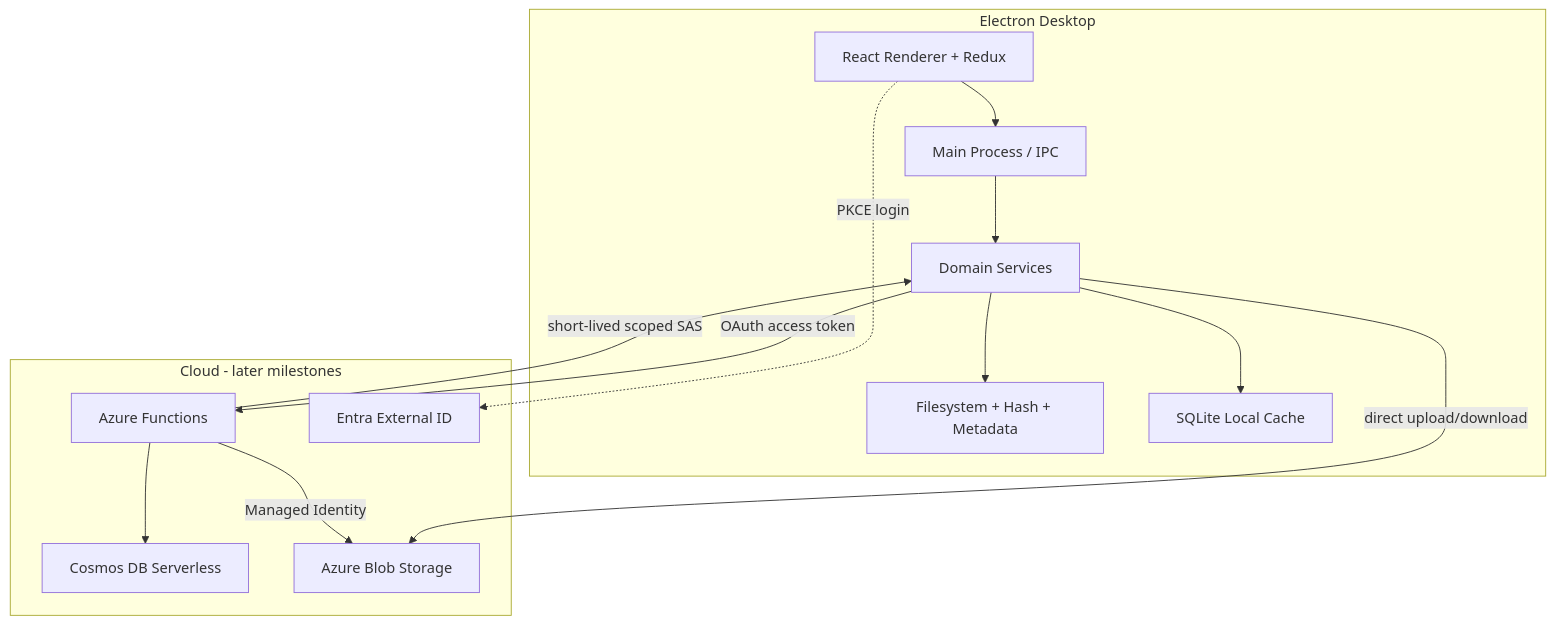
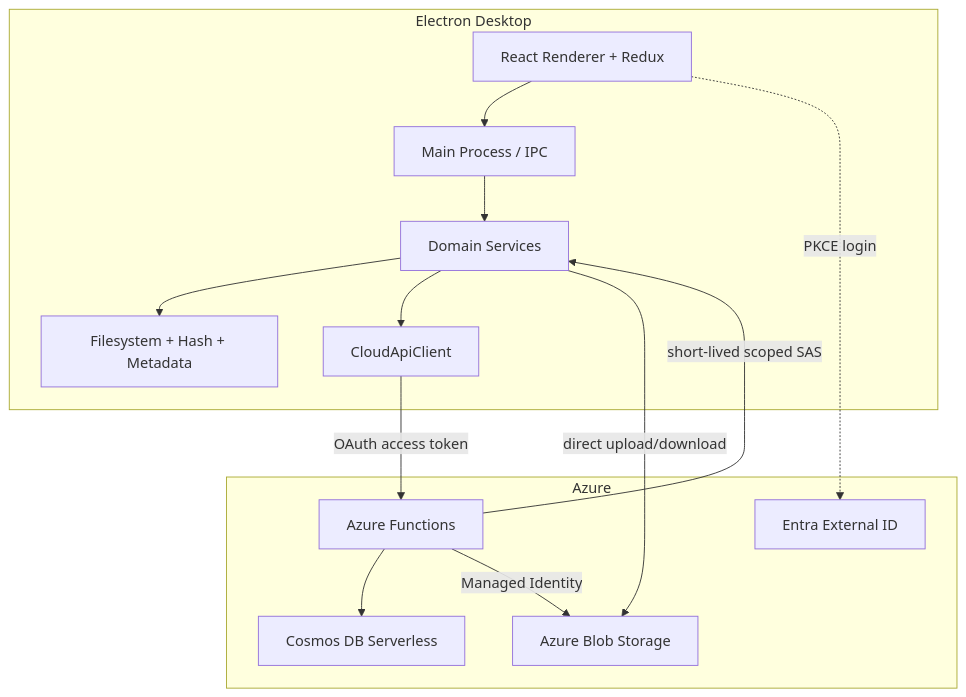
Before and after one commit to digillent/yaadein: the first of 5 diagrams in ARCHITECTURE.md, drawn with Mermaid. The commit also changed other lines of this file and 4 other files, not shown here.

First line of the commit message:
Rewrite roadmap for Cosmos-first decisions and accept-after-upload.

````diff
--- a/ARCHITECTURE.md
+++ b/ARCHITECTURE.md
@@ -11,26 +11,26 @@
 ```mermaid
 flowchart TB
   subgraph desktop [Electron Desktop]
     UI[React Renderer + Redux]
     Main[Main Process / IPC]
     Domain[Domain Services]
     FS[Filesystem + Hash + Metadata]
-    Cache[SQLite Local Cache]
+    Client[CloudApiClient]
     UI --> Main
     Main --> Domain
     Domain --> FS
-    Domain --> Cache
+    Domain --> Client
   end
-  subgraph cloud [Cloud - later milestones]
+  subgraph cloud [Azure]
     API[Azure Functions]
     Cosmos[Cosmos DB Serverless]
     Blob[Azure Blob Storage]
     Entra[Entra External ID]
-    Domain -->|OAuth access token| API
+    Client -->|OAuth access token| API
     UI -.->|PKCE login| Entra
     API --> Cosmos
     API -->|short-lived scoped SAS| Domain
     Domain -->|direct upload/download| Blob
     API -->|Managed Identity| Blob
   end
 ```
````
